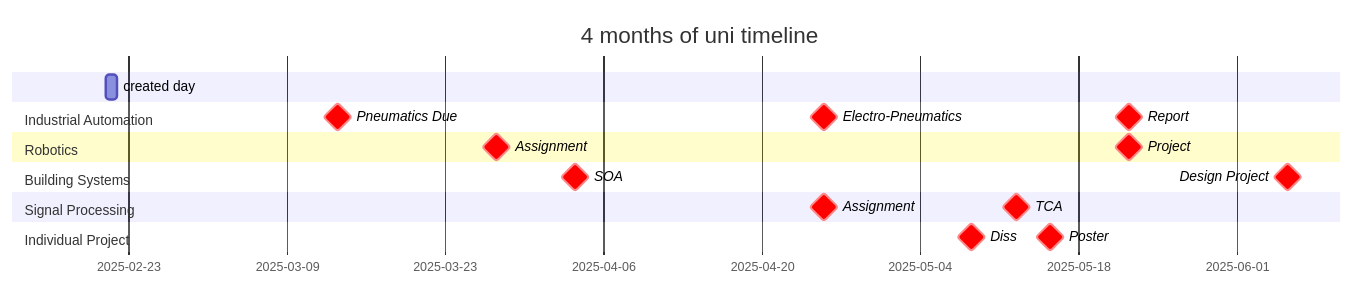
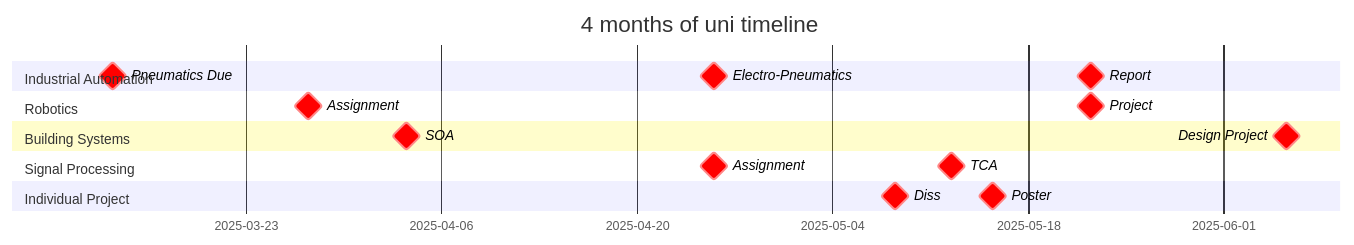
The diagram in Assessment Due Dates.md (jasht1/Uni-Projects), drawn with Mermaid before and after one commit. The commit also changed 9 other files, not shown here.

````diff
--- a/Assessment Due Dates.md
+++ b/Assessment Due Dates.md
@@ -2,28 +2,26 @@
 ```mermaid
 ---
 displayMode: compact
 ---
 gantt
 title 4 months of uni timeline
 dateFormat YYYY-MM-DD
 tickInterval 2week
-
-created day: 2025-02-21, 1d
 
 section Industrial Automation
 	Pneumatics Due: crit, milestone, 2025-03-13, 1d
 	Electro-Pneumatics: crit, milestone, 2025-04-25, 1d
 	Report: crit, milestone, 2025-05-22, 1d
 section Robotics 
 	Assignment: crit, milestone, 2025-03-27, 1d
 	Project: crit, milestone, 2025-05-22, 1d
 section Building Systems
 	SOA: crit, milestone, 2025-04-03, 1d
 	Design Project: crit, milestone, 2025-06-05, 1d 
 section Signal Processing
 	Assignment: crit, milestone, 2025-04-25, 1d
 	TCA: crit, milestone, 2025-05-12, 1d
 section Individual Project
 	Diss: crit, milestone, 2025-05-08, 1d
 	Poster: crit, milestone, 2025-05-15, 1d
 ```
````
